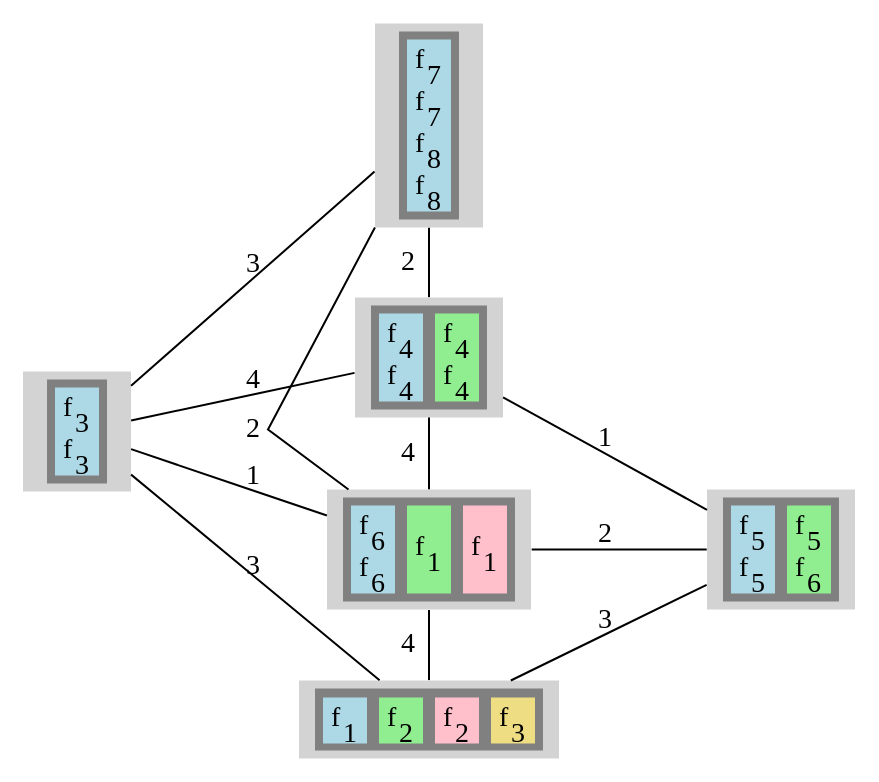
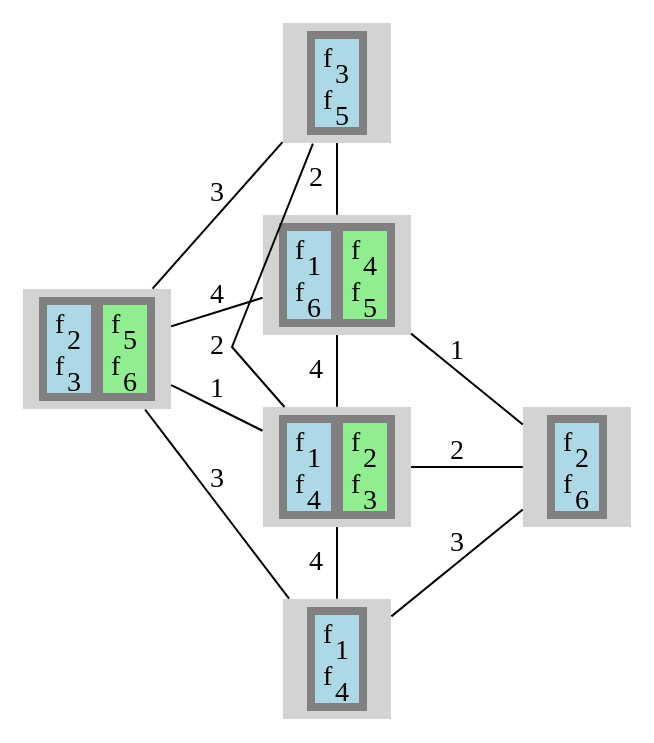
The diagram in output/mainSample1/gv/graphPrint.gv (prateekshyap/SFC_Placement_in_VNF), drawn with Graphviz before and after one commit. The commit also changed 54 other files, not shown here.

```diff
--- a/output/mainSample1/gv/graphPrint.gv
+++ b/output/mainSample1/gv/graphPrint.gv
@@ -1,137 +1,117 @@
 digraph G
 {
 ranksep = "equally"
 rankdir = LR
 node [shape=none]
 {rank = same; 1; };
 {rank = same; 2; 3; 5; 6; };
 {rank = same; 4; };
 1[style=filled
 label=<
 <TABLE BORDER="0" BGCOLOR="gray">
 <TR>
 <TD>
 <TABLE BORDER="0" BGCOLOR="lightblue">
+<TR><TD PORT="f4" BGCOLOR="lightblue">f<SUB>2</SUB></TD></TR>
 <TR><TD PORT="f7" BGCOLOR="lightblue">f<SUB>3</SUB></TD></TR>
-<TR><TD PORT="f8" BGCOLOR="lightblue">f<SUB>3</SUB></TD></TR>
+</TABLE>
+</TD>
+<TD>
+<TABLE BORDER="0" BGCOLOR="lightgreen">
+<TR><TD PORT="f13" BGCOLOR="lightgreen">f<SUB>5</SUB></TD></TR>
+<TR><TD PORT="f18" BGCOLOR="lightgreen">f<SUB>6</SUB></TD></TR>
 </TABLE>
 </TD>
 </TR>
 </TABLE>>]
 
 2[style=filled
 label=<
 <TABLE BORDER="0" BGCOLOR="gray">
 <TR>
 <TD>
 <TABLE BORDER="0" BGCOLOR="lightblue">
-<TR><TD PORT="f19" BGCOLOR="lightblue">f<SUB>7</SUB></TD></TR>
-<TR><TD PORT="f20" BGCOLOR="lightblue">f<SUB>7</SUB></TD></TR>
-<TR><TD PORT="f21" BGCOLOR="lightblue">f<SUB>8</SUB></TD></TR>
-<TR><TD PORT="f22" BGCOLOR="lightblue">f<SUB>8</SUB></TD></TR>
+<TR><TD PORT="f8" BGCOLOR="lightblue">f<SUB>3</SUB></TD></TR>
+<TR><TD PORT="f15" BGCOLOR="lightblue">f<SUB>5</SUB></TD></TR>
 </TABLE>
 </TD>
 </TR>
 </TABLE>>]
 
 3[style=filled
 label=<
 <TABLE BORDER="0" BGCOLOR="gray">
 <TR>
 <TD>
 <TABLE BORDER="0" BGCOLOR="lightblue">
-<TR><TD PORT="f9" BGCOLOR="lightblue">f<SUB>4</SUB></TD></TR>
-<TR><TD PORT="f10" BGCOLOR="lightblue">f<SUB>4</SUB></TD></TR>
+<TR><TD PORT="f1" BGCOLOR="lightblue">f<SUB>1</SUB></TD></TR>
+<TR><TD PORT="f16" BGCOLOR="lightblue">f<SUB>6</SUB></TD></TR>
 </TABLE>
 </TD>
 <TD>
 <TABLE BORDER="0" BGCOLOR="lightgreen">
-<TR><TD PORT="f11" BGCOLOR="lightgreen">f<SUB>4</SUB></TD></TR>
-<TR><TD PORT="f12" BGCOLOR="lightgreen">f<SUB>4</SUB></TD></TR>
+<TR><TD PORT="f10" BGCOLOR="lightgreen">f<SUB>4</SUB></TD></TR>
+<TR><TD PORT="f14" BGCOLOR="lightgreen">f<SUB>5</SUB></TD></TR>
 </TABLE>
 </TD>
 </TR>
 </TABLE>>]
 
 5[style=filled
 label=<
 <TABLE BORDER="0" BGCOLOR="gray">
 <TR>
 <TD>
 <TABLE BORDER="0" BGCOLOR="lightblue">
-<TR><TD PORT="f17" BGCOLOR="lightblue">f<SUB>6</SUB></TD></TR>
-<TR><TD PORT="f18" BGCOLOR="lightblue">f<SUB>6</SUB></TD></TR>
+<TR><TD PORT="f2" BGCOLOR="lightblue">f<SUB>1</SUB></TD></TR>
+<TR><TD PORT="f11" BGCOLOR="lightblue">f<SUB>4</SUB></TD></TR>
 </TABLE>
 </TD>
 <TD>
 <TABLE BORDER="0" BGCOLOR="lightgreen">
-<TR><TD PORT="f1" BGCOLOR="lightgreen">f<SUB>1</SUB></TD></TR>
-</TABLE>
-</TD>
-<TD>
-<TABLE BORDER="0" BGCOLOR="pink">
-<TR><TD PORT="f2" BGCOLOR="pink">f<SUB>1</SUB></TD></TR>
+<TR><TD PORT="f6" BGCOLOR="lightgreen">f<SUB>2</SUB></TD></TR>
+<TR><TD PORT="f9" BGCOLOR="lightgreen">f<SUB>3</SUB></TD></TR>
 </TABLE>
 </TD>
 </TR>
 </TABLE>>]
 
 6[style=filled
 label=<
 <TABLE BORDER="0" BGCOLOR="gray">
 <TR>
 <TD>
 <TABLE BORDER="0" BGCOLOR="lightblue">
 <TR><TD PORT="f3" BGCOLOR="lightblue">f<SUB>1</SUB></TD></TR>
-</TABLE>
-</TD>
-<TD>
-<TABLE BORDER="0" BGCOLOR="lightgreen">
-<TR><TD PORT="f4" BGCOLOR="lightgreen">f<SUB>2</SUB></TD></TR>
-</TABLE>
-</TD>
-<TD>
-<TABLE BORDER="0" BGCOLOR="pink">
-<TR><TD PORT="f5" BGCOLOR="pink">f<SUB>2</SUB></TD></TR>
-</TABLE>
-</TD>
-<TD>
-<TABLE BORDER="0" BGCOLOR="lightgoldenrod">
-<TR><TD PORT="f6" BGCOLOR="lightgoldenrod">f<SUB>3</SUB></TD></TR>
+<TR><TD PORT="f12" BGCOLOR="lightblue">f<SUB>4</SUB></TD></TR>
 </TABLE>
 </TD>
 </TR>
 </TABLE>>]
 
 4[style=filled
 label=<
 <TABLE BORDER="0" BGCOLOR="gray">
 <TR>
 <TD>
 <TABLE BORDER="0" BGCOLOR="lightblue">
-<TR><TD PORT="f13" BGCOLOR="lightblue">f<SUB>5</SUB></TD></TR>
-<TR><TD PORT="f14" BGCOLOR="lightblue">f<SUB>5</SUB></TD></TR>
-</TABLE>
-</TD>
-<TD>
-<TABLE BORDER="0" BGCOLOR="lightgreen">
-<TR><TD PORT="f15" BGCOLOR="lightgreen">f<SUB>5</SUB></TD></TR>
-<TR><TD PORT="f16" BGCOLOR="lightgreen">f<SUB>6</SUB></TD></TR>
+<TR><TD PORT="f5" BGCOLOR="lightblue">f<SUB>2</SUB></TD></TR>
+<TR><TD PORT="f17" BGCOLOR="lightblue">f<SUB>6</SUB></TD></TR>
 </TABLE>
 </TD>
 </TR>
 </TABLE>>]
 
 1 -> 2[label="3" dir = none]
 1 -> 3[label="4" dir = none]
 1 -> 5[label="1" dir = none]
 1 -> 6[label="3" dir = none]
 2 -> 3[label="2" dir = none]
 2 -> 5[label="2" dir = none]
 3 -> 4[label="1" dir = none]
 3 -> 5[label="4" dir = none]
 4 -> 5[label="2" dir = none]
 4 -> 6[label="3" dir = none]
 5 -> 6[label="4" dir = none]
 splines=false
 }
```
